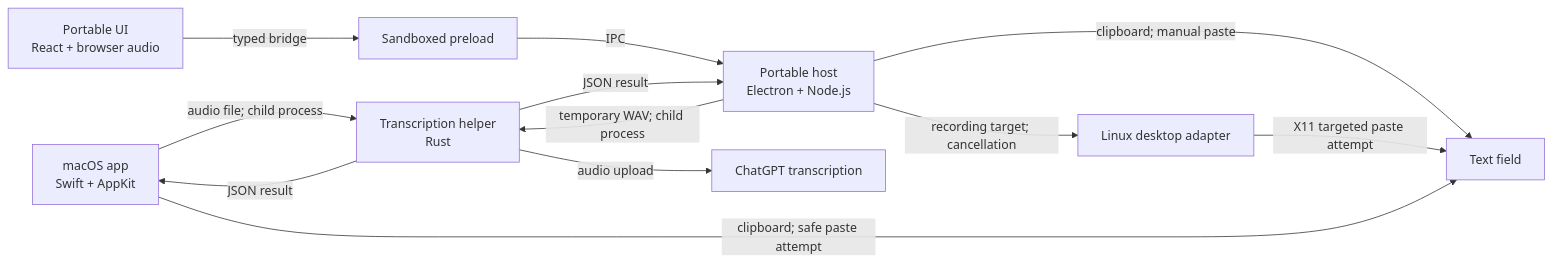
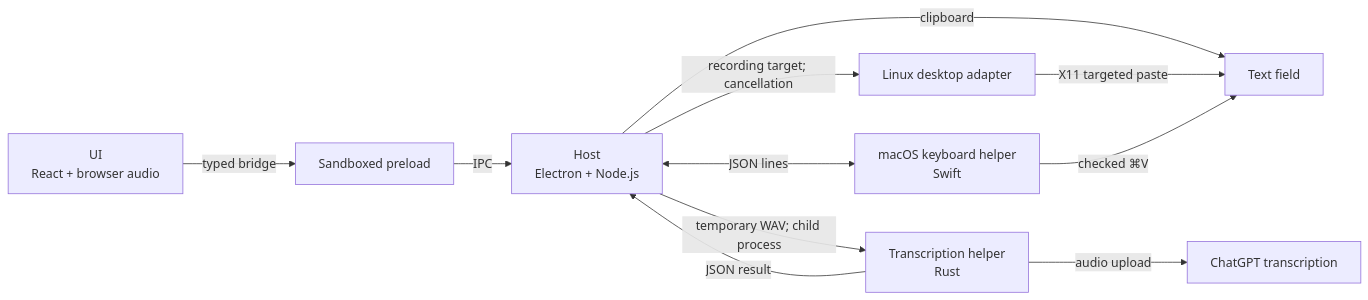
One commit to MaximilianMauroner/einsager changed the diagram in docs/architecture.md. Above: the diagram before and after it, drawn with Mermaid. The commit also changed other lines of this file and 37 other files, not shown here.

````diff
--- a/docs/architecture.md
+++ b/docs/architecture.md
@@ -27,14 +26,13 @@
 ```mermaid
 flowchart LR
-    native["macOS app<br/>Swift + AppKit"] -->|"audio file; child process"| helper["Transcription helper<br/>Rust"]
-    renderer["Portable UI<br/>React + browser audio"] -->|"typed bridge"| preload["Sandboxed preload"]
-    preload -->|"IPC"| host["Portable host<br/>Electron + Node.js"]
-    host -->|"temporary WAV; child process"| helper
+    renderer["UI<br/>React + browser audio"] -->|"typed bridge"| preload["Sandboxed preload"]
+    preload -->|"IPC"| host["Host<br/>Electron + Node.js"]
+    host <-->|"JSON lines"| keys["macOS keyboard helper<br/>Swift"]
+    host -->|"temporary WAV; child process"| helper["Transcription helper<br/>Rust"]
     helper -->|"audio upload"| chatgpt["ChatGPT transcription"]
-    helper -->|"JSON result"| native
     helper -->|"JSON result"| host
-    host -->|"clipboard; manual paste"| editor["Text field"]
+    host -->|"clipboard"| editor["Text field"]
     host -->|"recording target; cancellation"| linux["Linux desktop adapter"]
-    linux -->|"X11 targeted paste attempt"| editor
-    native -->|"clipboard; safe paste attempt"| editor
+    linux -->|"X11 targeted paste"| editor
+    keys -->|"checked ⌘V"| editor
 ```
````
